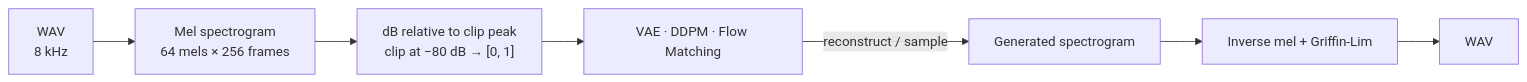
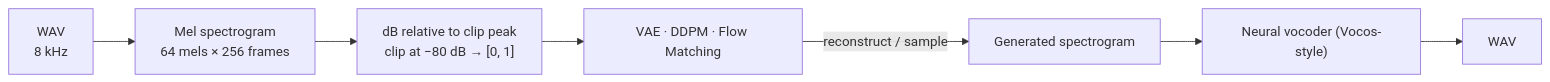
One commit to wajihullahbaig/sound-generation-via-vae changed the first of 6 diagrams in README.md. Above: the diagram before and after it, drawn with Mermaid. The commit also changed other lines of this file and 84 other files, not shown here.

First line of the commit message:
Add neural vocoder, trained models and comparison report

````diff
--- a/README.md
+++ b/README.md
@@ -7,9 +7,9 @@
 ```mermaid
 flowchart LR
     A["WAV<br/>8 kHz"] --> B["Mel spectrogram<br/>64 mels × 256 frames"]
     B --> C["dB relative to clip peak<br/>clip at −80 dB → [0, 1]"]
     C --> D["VAE · DDPM · Flow Matching"]
     D -->|reconstruct / sample| E["Generated spectrogram"]
-    E --> F["Inverse mel + Griffin-Lim"]
+    E --> F["Neural vocoder (Vocos-style)"]
     F --> G["WAV"]
 ```
````
